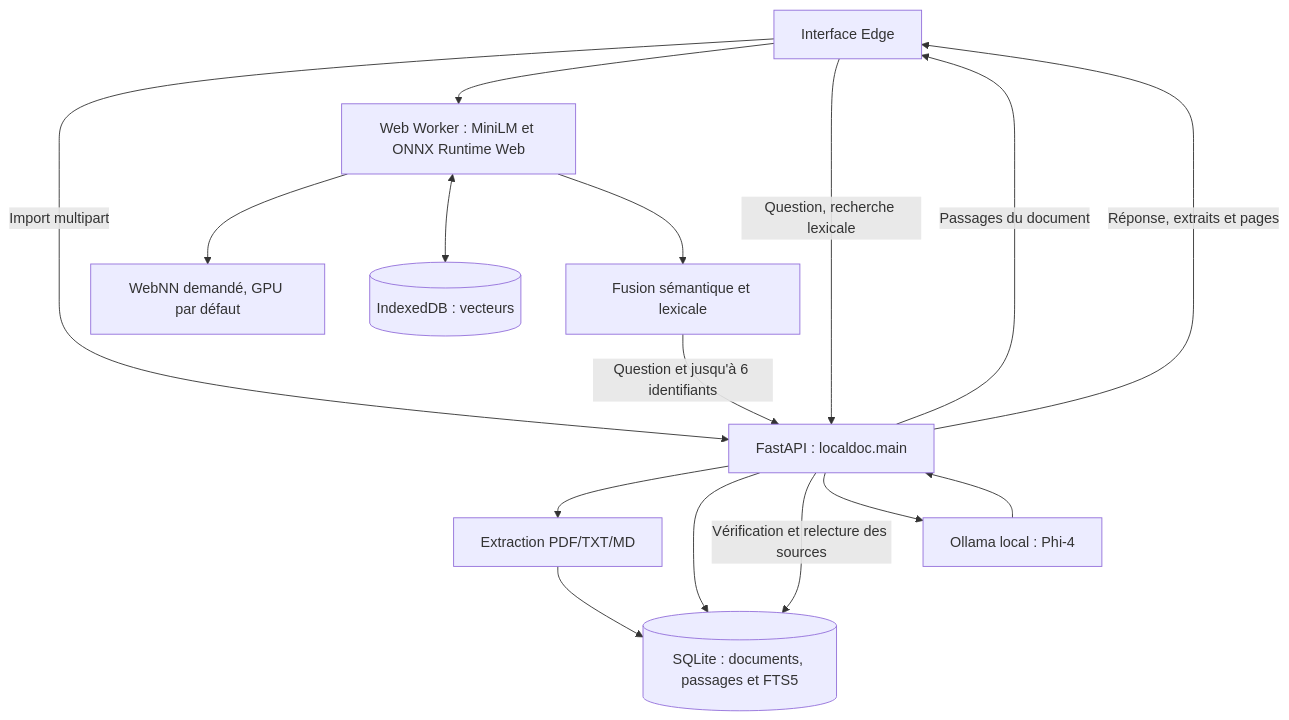
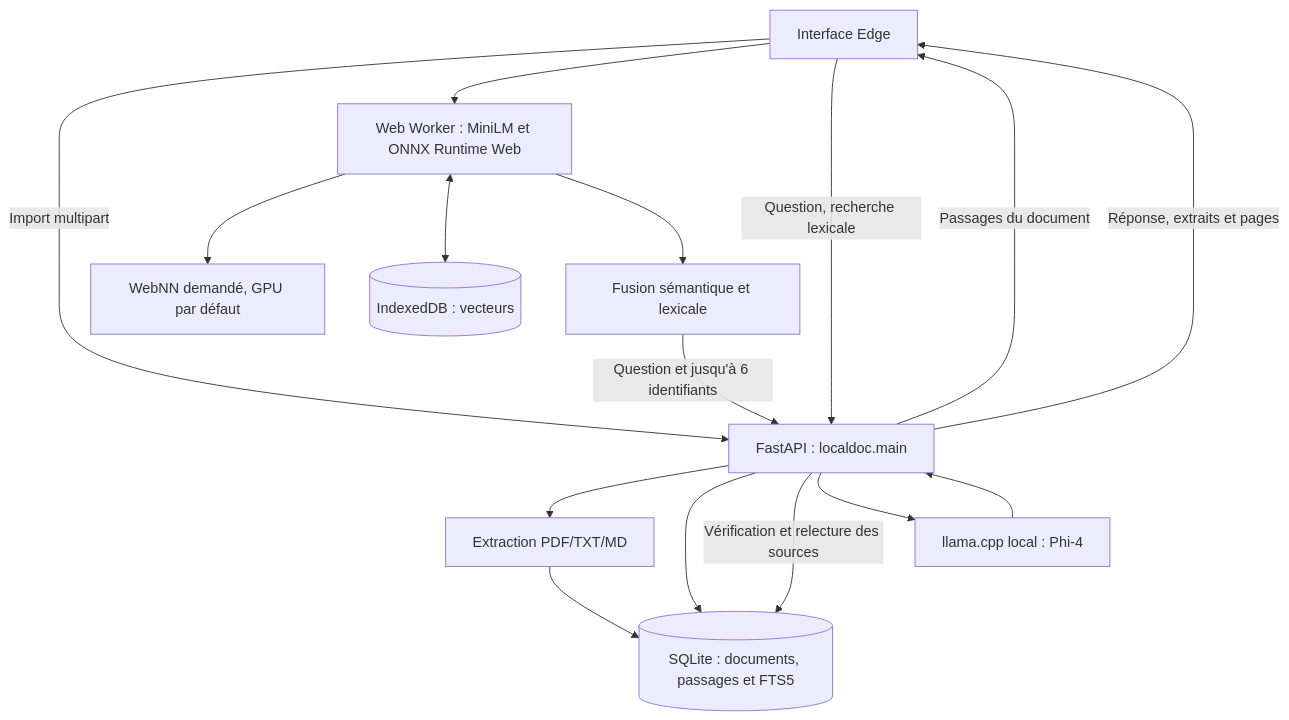
One commit to sebb81/localdoc-ai-mvp changed the diagram in DOCUMENTATION_TECHNIQUE.md. Above: the diagram before and after it, drawn with Mermaid. The commit also changed other lines of this file and 17 other files, not shown here.

First line of the commit message:
feat: migrate from Ollama to llama.cpp for local model generation

````diff
--- a/DOCUMENTATION_TECHNIQUE.md
+++ b/DOCUMENTATION_TECHNIQUE.md
@@ -17,18 +19,18 @@
 ```mermaid
 flowchart TD
     UI[Interface Edge] -->|Import multipart| API[FastAPI : localdoc.main]
     API --> EX[Extraction PDF/TXT/MD]
     EX --> DB[(SQLite : documents, passages et FTS5)]
     API -->|Passages du document| UI
     UI --> WORKER[Web Worker : MiniLM et ONNX Runtime Web]
     WORKER --> NN[WebNN demandé, GPU par défaut]
     WORKER <--> CACHE[(IndexedDB : vecteurs)]
     UI -->|Question, recherche lexicale| API
     API --> DB
     WORKER --> RRF[Fusion sémantique et lexicale]
     RRF -->|Question et jusqu'à 6 identifiants| API
     API -->|Vérification et relecture des sources| DB
-    API --> O[Ollama local : Phi-4]
+    API --> O[llama.cpp local : Phi-4]
     O --> API
     API -->|Réponse, extraits et pages| UI
 ```
````
